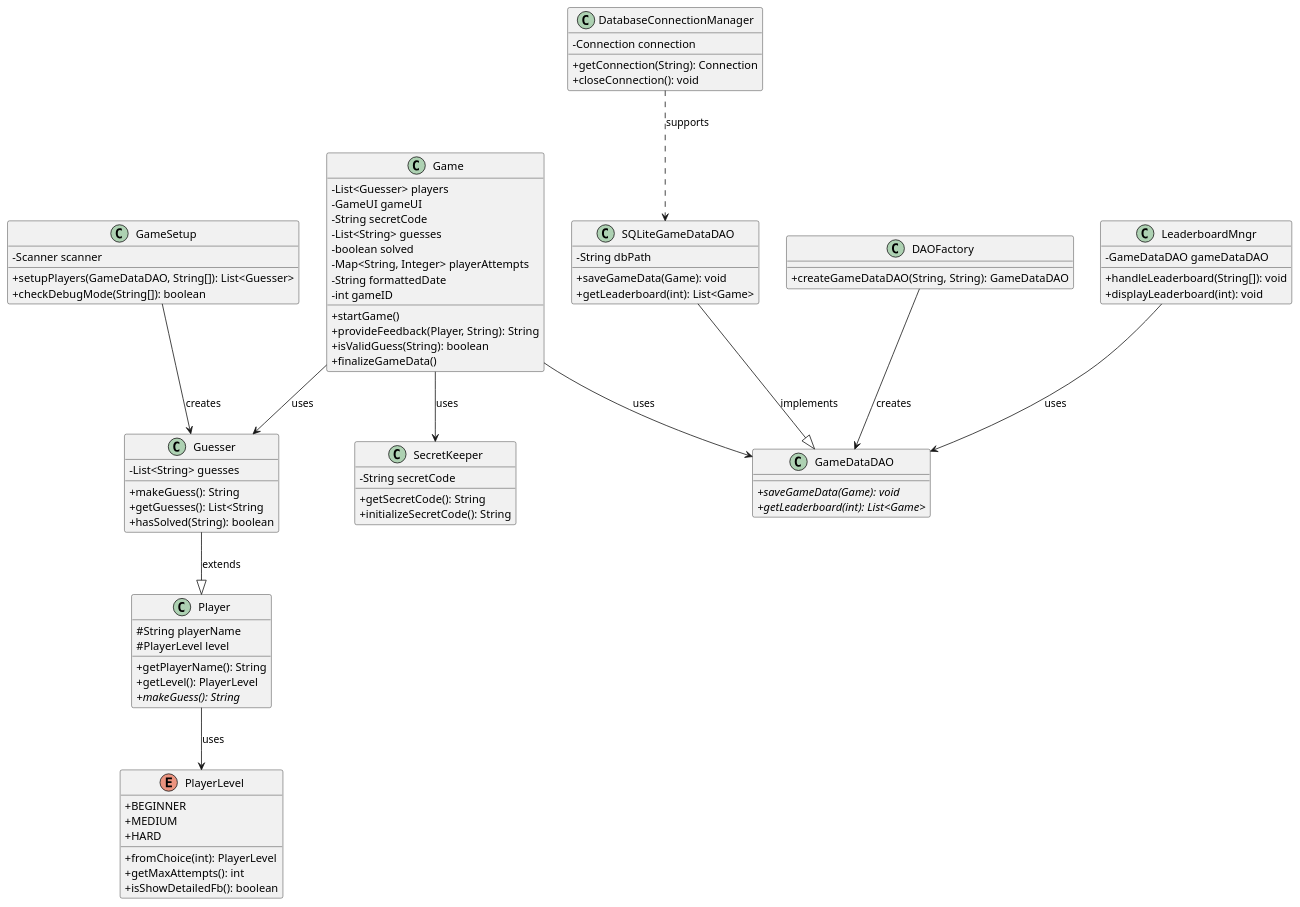
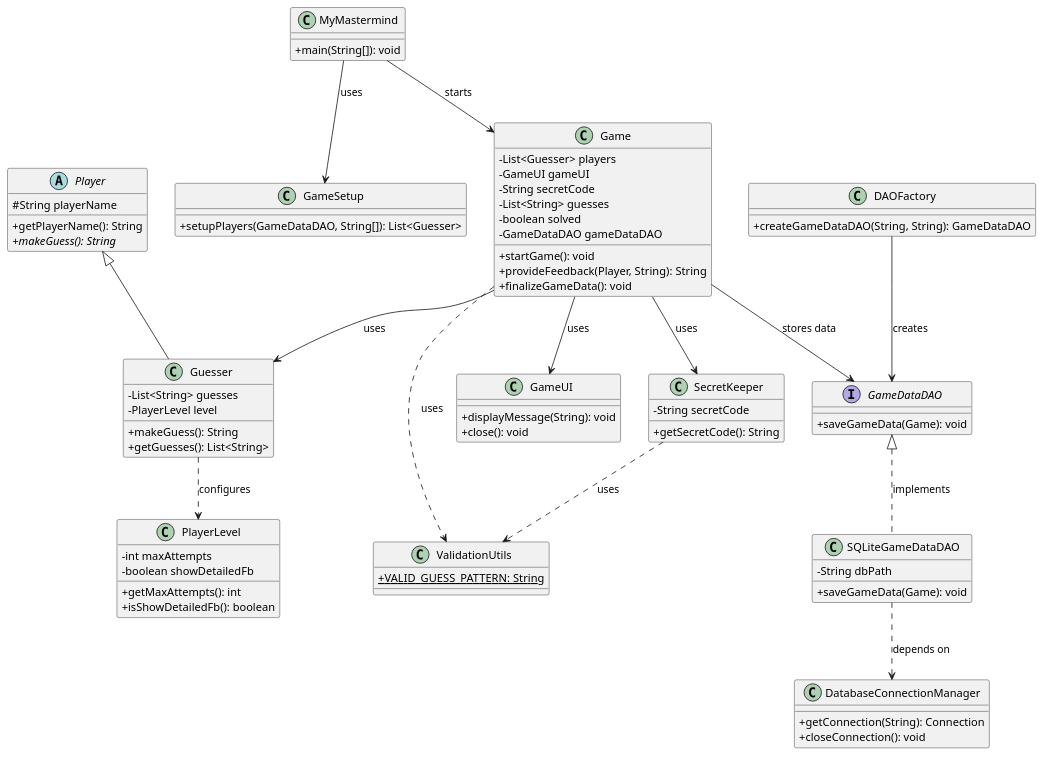
One commit to aip956/Reach_Jan25 changed the diagram in UML/Mastermind.puml. Above: the diagram before and after it, drawn with PlantUML. The commit also changed 12 other files, not shown here.

```diff
--- a/UML/Mastermind.puml
+++ b/UML/Mastermind.puml
@@ -1,98 +1,98 @@
 @startuml
 skinparam classAttributeIconSize 0
+
+' Main Class
+class MyMastermind {
+    + main(String[]): void
+}
+
+' View
+class GameUI {
+    + displayMessage(String): void
+    + close(): void
+}
+
+' Utils
+class ValidationUtils {
+    {static} + VALID_GUESS_PATTERN: String
+}
 
 ' Models
 class Game {
     - List<Guesser> players
     - GameUI gameUI
     - String secretCode
     - List<String> guesses
     - boolean solved
-    - Map<String, Integer> playerAttempts
-    - String formattedDate
-    - int gameID
-    + startGame()
+    - GameDataDAO gameDataDAO
+    + startGame(): void
     + provideFeedback(Player, String): String
-    + isValidGuess(String): boolean
-    + finalizeGameData()
+    + finalizeGameData(): void
 }
 
-class Player {
+abstract class Player {
     # String playerName
-    # PlayerLevel level
     + getPlayerName(): String
-    + getLevel(): PlayerLevel
     {abstract} + makeGuess(): String
 }
 
 class Guesser {
     - List<String> guesses
+    - PlayerLevel level
     + makeGuess(): String
-    + getGuesses(): List<String
-    + hasSolved(String): boolean
+    + getGuesses(): List<String>
 }
 
-enum PlayerLevel {
-    + BEGINNER
-    + MEDIUM
-    + HARD
-    + fromChoice(int): PlayerLevel
+class PlayerLevel {
+    - int maxAttempts
+    - boolean showDetailedFb
     + getMaxAttempts(): int
     + isShowDetailedFb(): boolean
 }
 
 class SecretKeeper {
     - String secretCode
     + getSecretCode(): String
-    + initializeSecretCode(): String
 }
 
 ' DAO
-class GameDataDAO {
-    {abstract} + saveGameData(Game): void
-    {abstract} + getLeaderboard(int): List<Game>
+interface GameDataDAO {
+    + saveGameData(Game): void
 }
 
 class SQLiteGameDataDAO {
     - String dbPath
     + saveGameData(Game): void
-    + getLeaderboard(int): List<Game>
 }
 
 class DAOFactory {
     + createGameDataDAO(String, String): GameDataDAO
 }
 
 ' DB Connection
 class DatabaseConnectionManager {
-    - Connection connection
     + getConnection(String): Connection
     + closeConnection(): void
 }
 
-' Controllers
+' Controller
 class GameSetup {
-    - Scanner scanner
     + setupPlayers(GameDataDAO, String[]): List<Guesser>
-    + checkDebugMode(String[]): boolean
-}
-
-class LeaderboardMngr {
-    - GameDataDAO gameDataDAO
-    + handleLeaderboard(String[]): void
-    + displayLeaderboard(int): void
 }
 
 ' Relationships
+MyMastermind --> GameSetup : uses
+MyMastermind --> Game : starts
 Game --> Guesser : uses
 Game --> SecretKeeper : uses
-Game --> GameDataDAO : uses
-Player --> PlayerLevel : uses
-Guesser --|> Player : extends
-SQLiteGameDataDAO --|> GameDataDAO : implements
+Game --> GameUI : uses
+Game --> GameDataDAO : stores data
+Game ..> ValidationUtils : uses
+SecretKeeper ..> ValidationUtils : uses
+Guesser ..> PlayerLevel : configures
+Player <|-- Guesser
+GameDataDAO <|.. SQLiteGameDataDAO : implements
 DAOFactory --> GameDataDAO : creates
-LeaderboardMngr --> GameDataDAO : uses
-GameSetup --> Guesser : creates
-DatabaseConnectionManager ..> SQLiteGameDataDAO : supports
+SQLiteGameDataDAO ..> DatabaseConnectionManager : depends on
 
 @enduml
```
